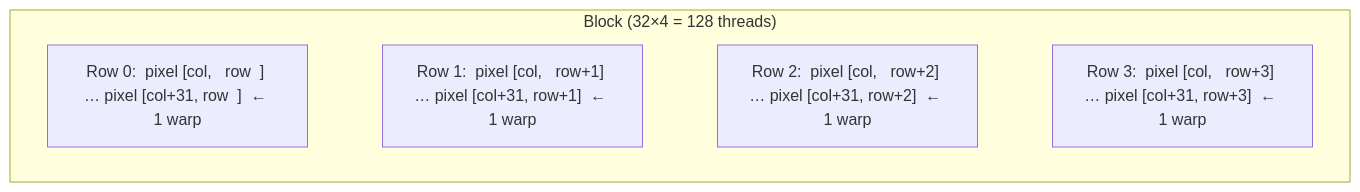
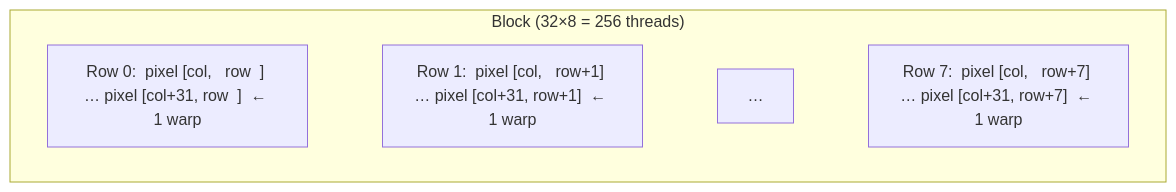
Before and after one commit to pmudry/RayON: the diagram in website/docs/architecture/cuda-renderer.md, drawn with Mermaid. The commit also changed other lines of this file and 53 other files, not shown here.

````diff
--- a/website/docs/architecture/cuda-renderer.md
+++ b/website/docs/architecture/cuda-renderer.md
@@ -31,11 +33,11 @@
 ```mermaid
 graph TD
-    subgraph "Block (32×4 = 128 threads)"
+    subgraph "Block (32×8 = 256 threads)"
         direction LR
         row0["Row 0:  pixel [col,   row  ] … pixel [col+31, row  ]  ← 1 warp"]
         row1["Row 1:  pixel [col,   row+1] … pixel [col+31, row+1]  ← 1 warp"]
-        row2["Row 2:  pixel [col,   row+2] … pixel [col+31, row+2]  ← 1 warp"]
-        row3["Row 3:  pixel [col,   row+3] … pixel [col+31, row+3]  ← 1 warp"]
+        rows["…"]
+        row7["Row 7:  pixel [col,   row+7] … pixel [col+31, row+7]  ← 1 warp"]
     end
-    row0 ~~~ row1 ~~~ row2 ~~~ row3
+    row0 ~~~ row1 ~~~ rows ~~~ row7
 ```
````
